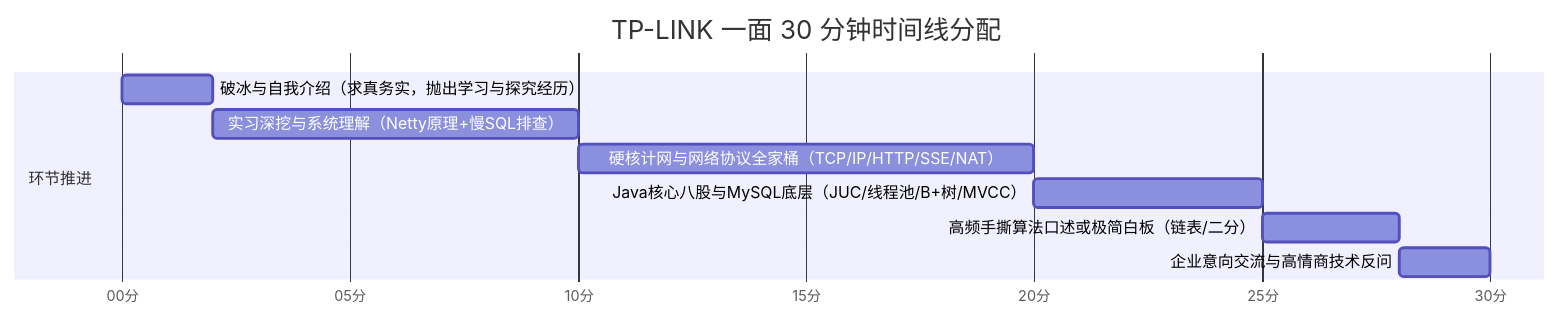
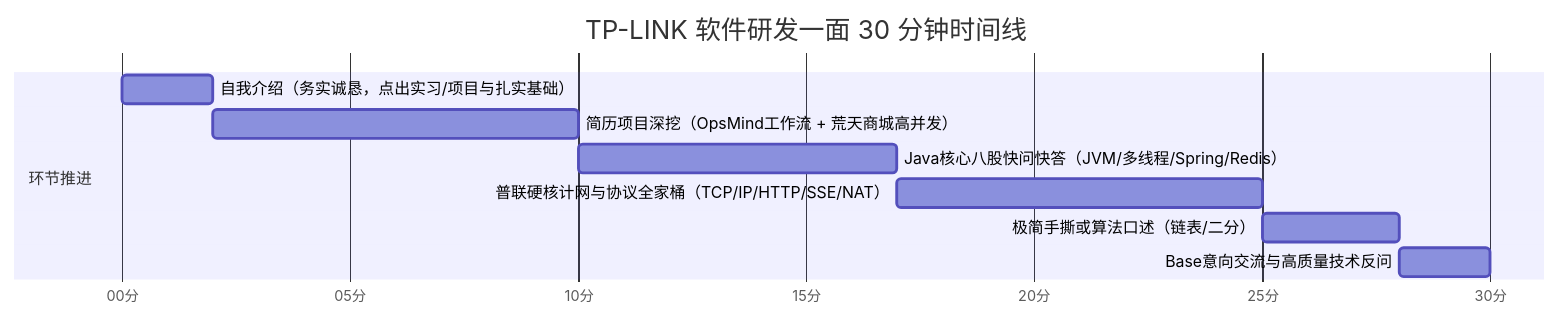
Before and after one commit to scutmmq/huangtian-goods: the diagram in docs/study/TPLINK软件研发工程师一面通关宝典.md, drawn with Mermaid. The commit also changed other lines of this file, not shown here.

Commit message:
docs: 完善TP-LINK一面宝典：补齐简历必问Java核心八股（JVM/并发/Spring/Redis/MySQL）与AI项目VibeCoding坦白话术及全套RAG工作流

````diff
--- a/docs/study/TPLINK软件研发工程师一面通关宝典.md
+++ b/docs/study/TPLINK软件研发工程师一面通关宝典.md
@@ -60,14 +65,14 @@
 ```mermaid
 gantt
-    title TP-LINK 一面 30 分钟时间线分配
+    title TP-LINK 软件研发一面 30 分钟时间线
     dateFormat  m
     axisFormat %M分
 
     section 环节推进
-    破冰与自我介绍（求真务实，抛出学习与探究经历）:a1, 0, 2m
-    实习深挖与系统理解（Netty原理+慢SQL排查）      :a2, after a1, 8m
-    硬核计网与网络协议全家桶（TCP/IP/HTTP/SSE/NAT） :a3, after a2, 10m
-    Java核心八股与MySQL底层（JUC/线程池/B+树/MVCC）  :a4, after a3, 5m
-    高频手撕算法口述或极简白板（链表/二分）         :a5, after a4, 3m
-    企业意向交流与高情商技术反问                   :a6, after a5, 2m
+    自我介绍（务实诚恳，点出实习/项目与扎实基础） :a1, 0, 2m
+    简历项目深挖（OpsMind工作流 + 荒天商城高并发）  :a2, after a1, 8m
+    Java核心八股快问快答（JVM/多线程/Spring/Redis）  :a3, after a2, 7m
+    普联硬核计网与协议全家桶（TCP/IP/HTTP/SSE/NAT）  :a4, after a3, 8m
+    极简手撕或算法口述（链表/二分）                  :a5, after a4, 3m
+    Base意向交流与高质量技术反问                     :a6, after a5, 2m
 ```
````
